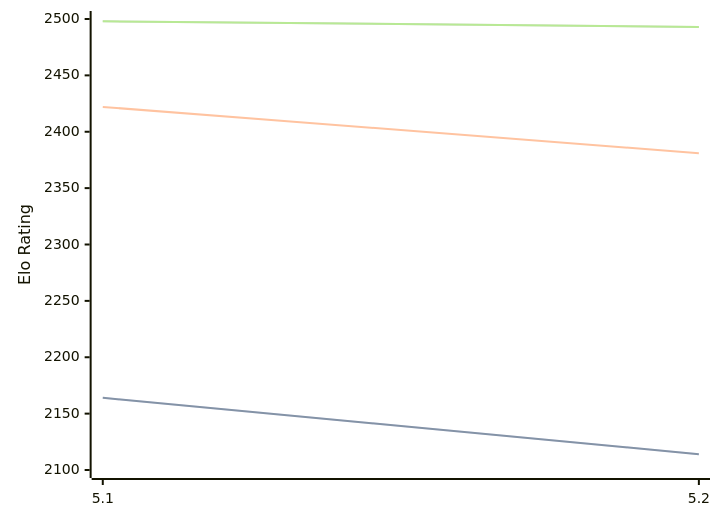
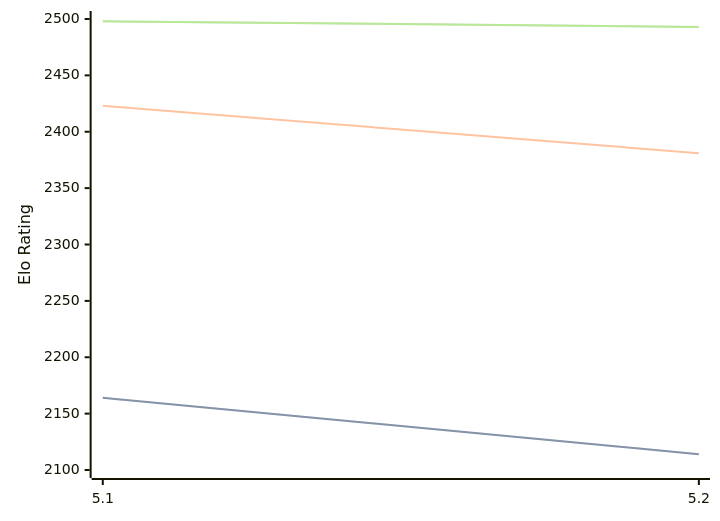
The diagram in engines/Prophet.md (computer-chess-index/cci), drawn with Mermaid before and after one commit. The commit also changed other lines of this file, not shown here.

````diff
--- a/engines/Prophet.md
+++ b/engines/Prophet.md
@@ -32,11 +32,11 @@
 ```mermaid
 %%{init: {"theme":"base","themeVariables":{"seriesColors:['#a3a3a3','#222221','#faa371']}}}%%
 xychart-beta
   x-axis ["5.1", "5.2"]
   y-axis "Elo Rating" 2100 --> 2500
   line "STC (8.0+0.08s)" [2164, 2114]
   line "STC (8.0+0.08s)" [2164, 2114]
-  line "LTC (60.0+0.60s)" [2422, 2381]
+  line "LTC (60.0+0.60s)" [2423, 2381]
   line "VLTC (2m24s+1.12s)" [2498, 2493]
   line "VLTC (2m24s+1.12s)" [2498, 2493]
 ```
````
